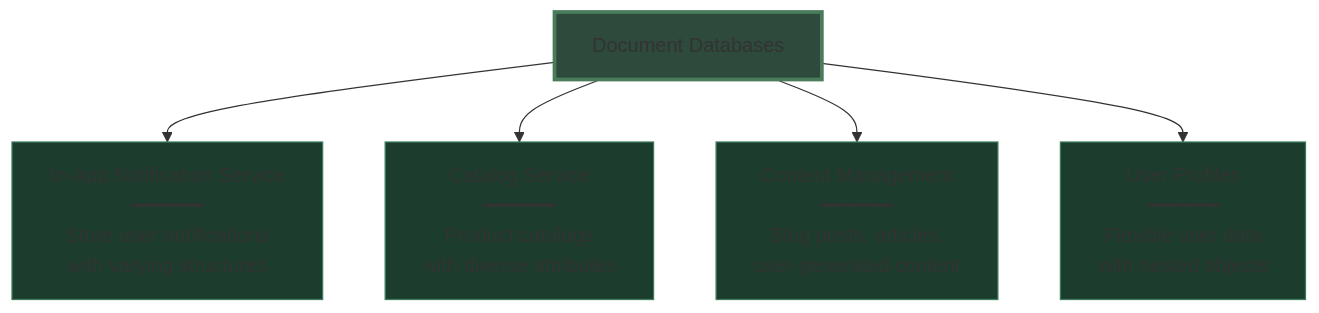
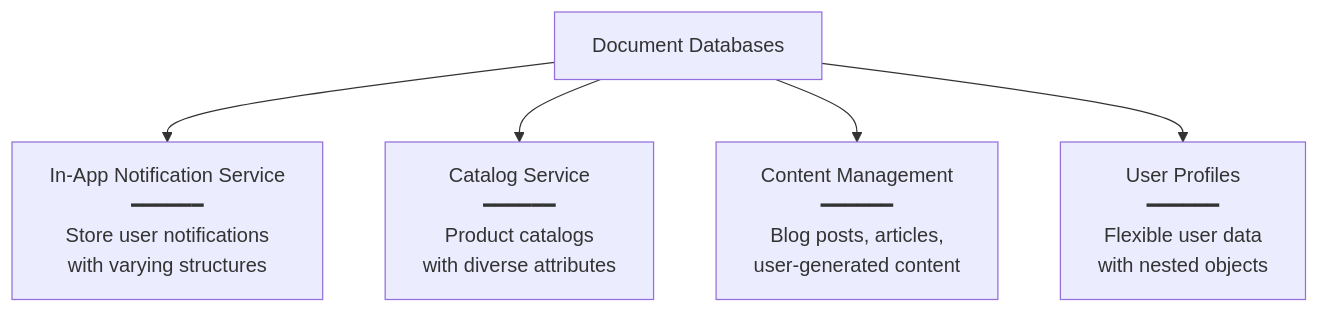
Before and after one commit to Yash-Kavaiya/The-System-Design-Masterclass: the sixth of 16 diagrams in system design beginner/9. Non-Relational Databases.md, drawn with Mermaid. The commit also changed other lines of this file, not shown here.

````diff
--- a/system design beginner/9. Non-Relational Databases.md
+++ b/system design beginner/9. Non-Relational Databases.md
@@ -233,18 +216,13 @@
 ```mermaid
 graph TB
     DOC[Document Databases]
     
     DOC --> UC1[In-App Notification Service<br/>━━━━━━<br/>Store user notifications<br/>with varying structures]
     
     DOC --> UC2[Catalog Service<br/>━━━━━━<br/>Product catalogs<br/>with diverse attributes]
     
     DOC --> UC3[Content Management<br/>━━━━━━<br/>Blog posts, articles,<br/>user-generated content]
     
     DOC --> UC4[User Profiles<br/>━━━━━━<br/>Flexible user data<br/>with nested objects]
-    
-    style DOC fill:#2d4a3c,stroke:#4a7c5c,stroke-width:3px
-    style UC1 fill:#1c3d2d,stroke:#3c7c5c
-    style UC2 fill:#1c3d2d,stroke:#3c7c5c
-    style UC3 fill:#1c3d2d,stroke:#3c7c5c
-    style UC4 fill:#1c3d2d,stroke:#3c7c5c
+
 ```
````
